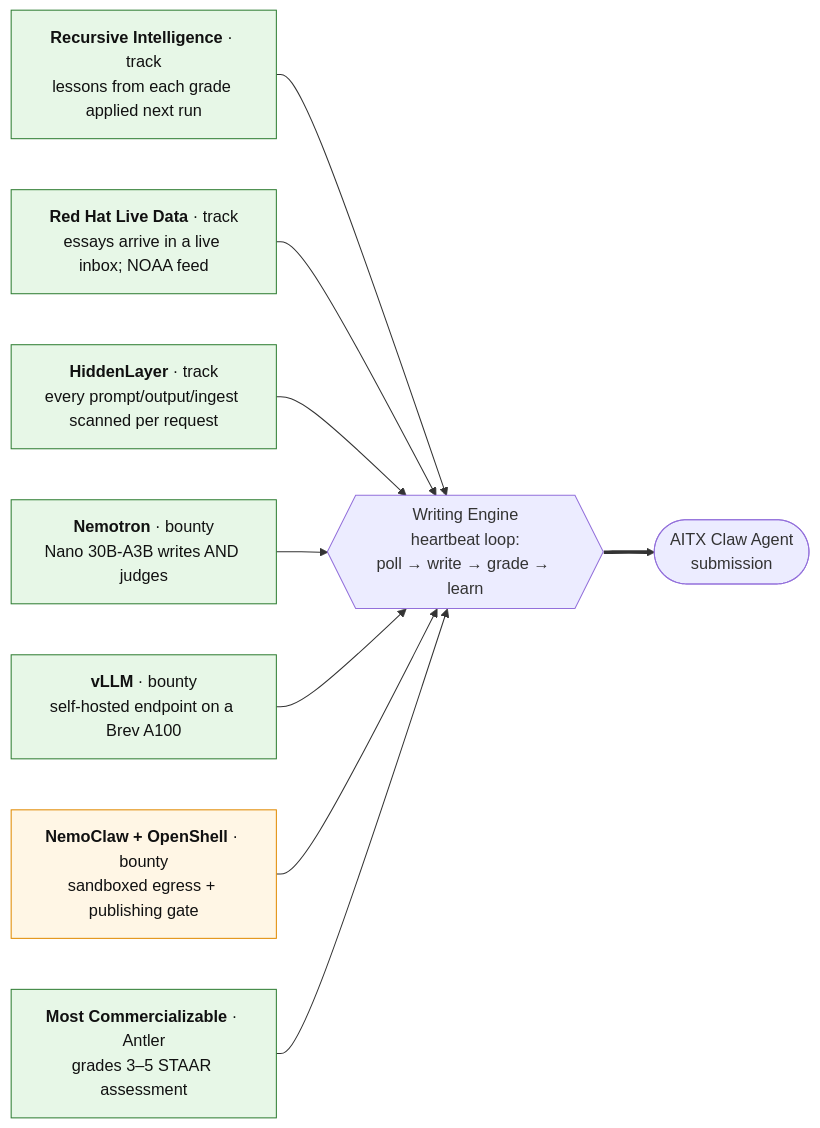
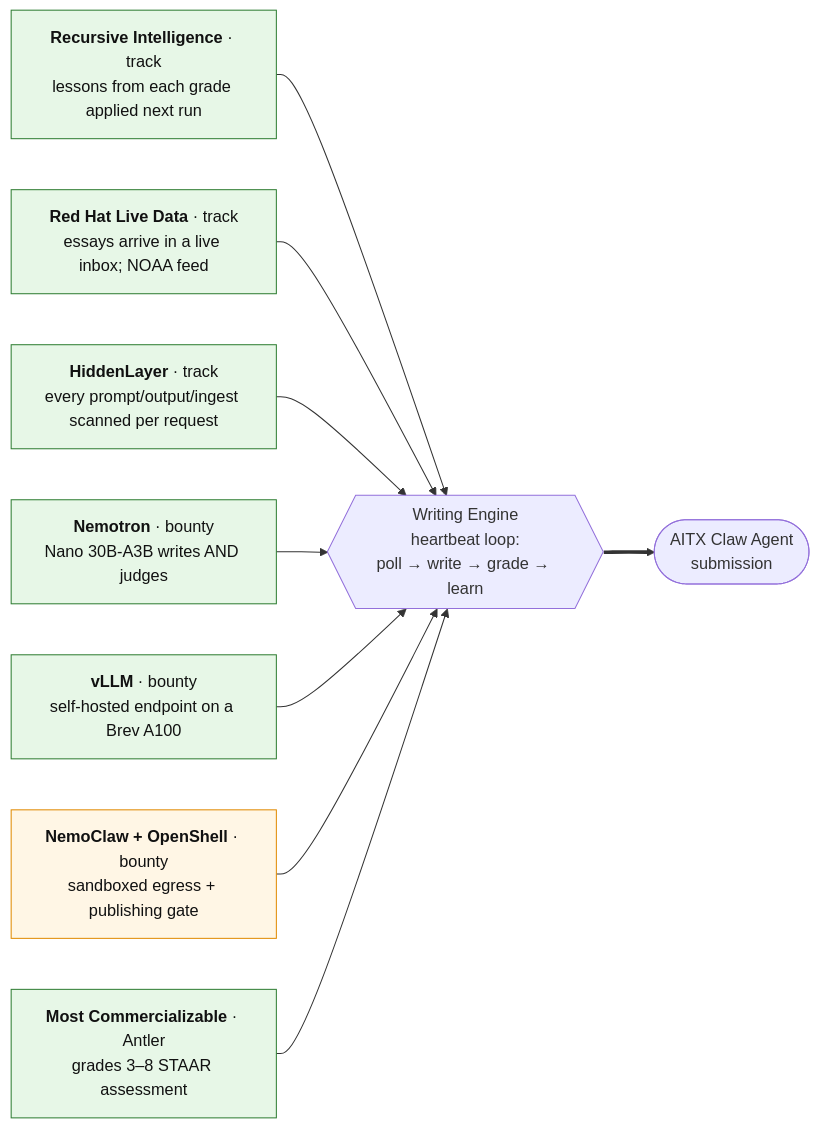
One commit to supe-log/writing-engine changed the first of 5 diagrams in README.md. Above: the diagram before and after it, drawn with Mermaid. The commit also changed other lines of this file, not shown here.

First line of the commit message:
README: plain-English glossary for every statistic + loop diagram matches the hardened harness

````diff
--- a/README.md
+++ b/README.md
@@ -40,13 +40,13 @@
 ```mermaid
 flowchart LR
     RI["<b>Recursive Intelligence</b> · track<br/>lessons from each grade applied next run"]:::live --> SPINE
     LD["<b>Red Hat Live Data</b> · track<br/>essays arrive in a live inbox; NOAA feed"]:::live --> SPINE
     HL["<b>HiddenLayer</b> · track<br/>every prompt/output/ingest scanned per request"]:::live --> SPINE
     SPINE{{"Writing Engine<br/>heartbeat loop:<br/>poll → write → grade → learn"}} ==> HEAD(["AITX Claw Agent<br/>submission"])
     NEMO["<b>Nemotron</b> · bounty<br/>Nano 30B-A3B writes AND judges"]:::live --> SPINE
     VLLM["<b>vLLM</b> · bounty<br/>self-hosted endpoint on a Brev A100"]:::live --> SPINE
     NC["<b>NemoClaw + OpenShell</b> · bounty<br/>sandboxed egress + publishing gate"]:::wip --> SPINE
-    ANT["<b>Most Commercializable</b> · Antler<br/>grades 3–5 STAAR assessment"]:::live --> SPINE
+    ANT["<b>Most Commercializable</b> · Antler<br/>grades 3–8 STAAR assessment"]:::live --> SPINE
     classDef live fill:#e7f7e7,stroke:#2e7d32,color:#111;
     classDef wip fill:#fff6e5,stroke:#e08a00,color:#111;
 ```
````
